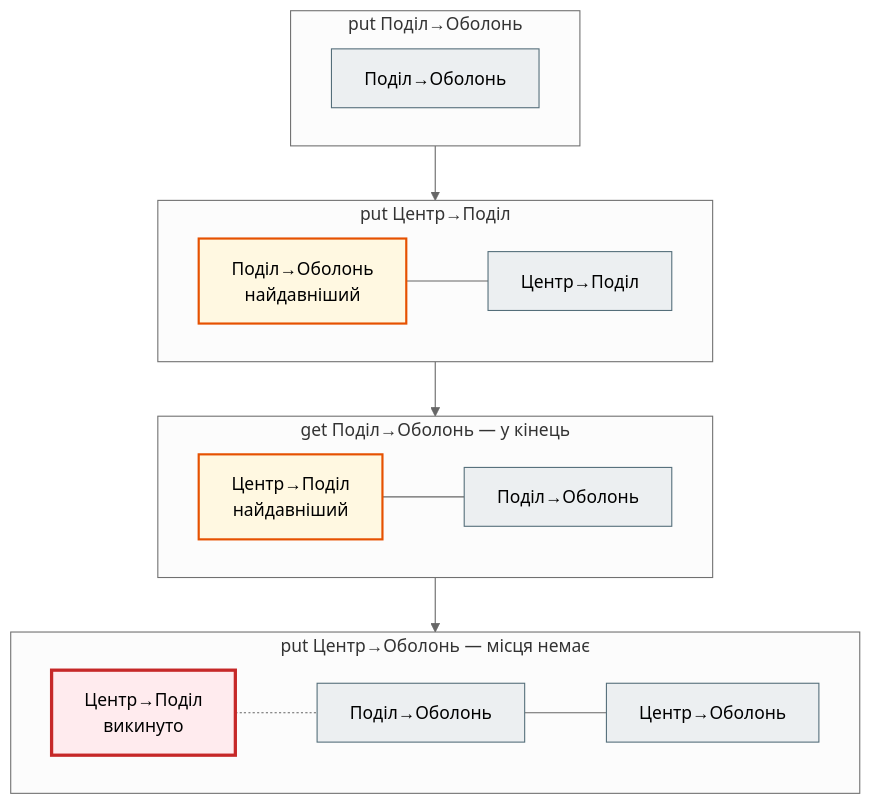
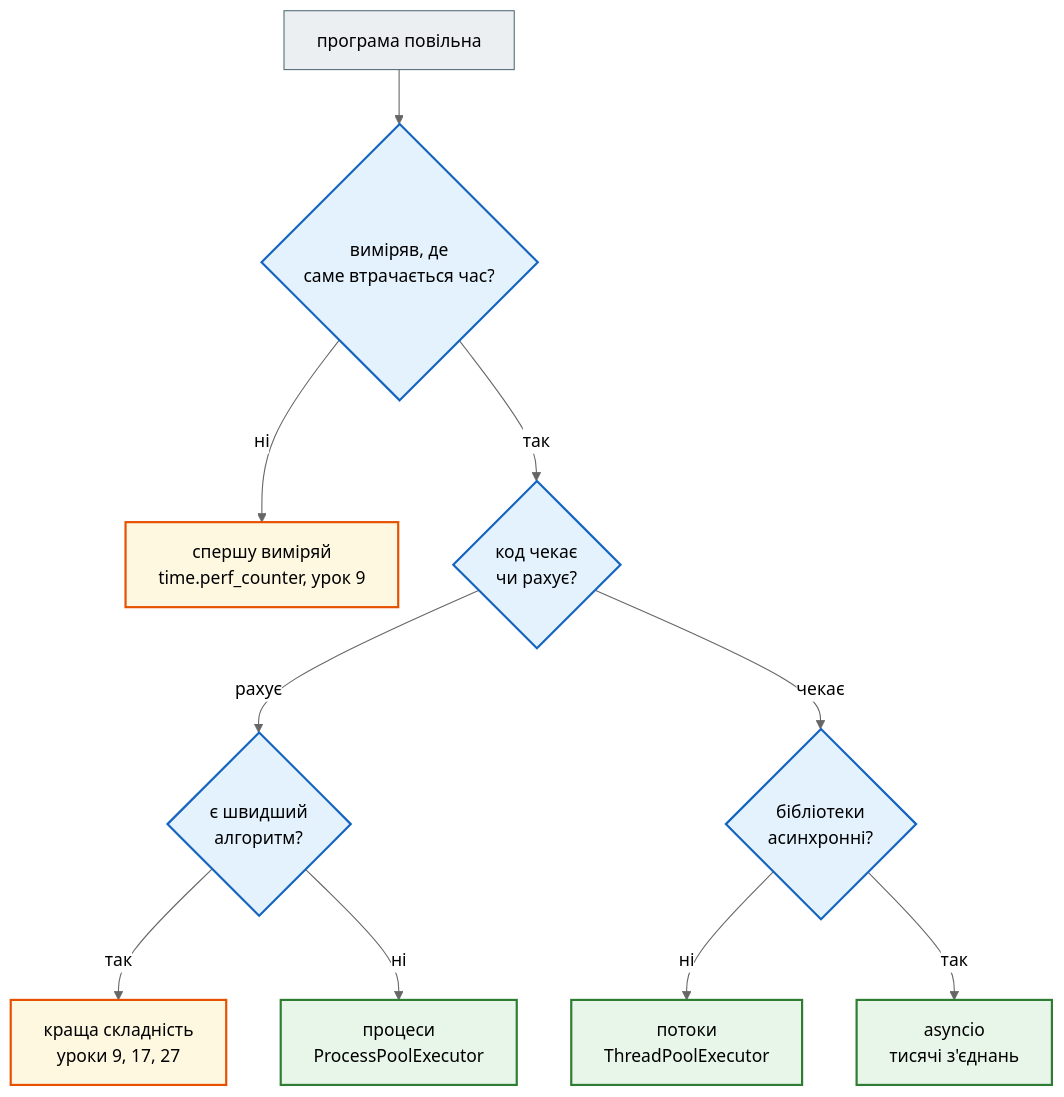
Before and after one commit to AlinaRadchenko/PY-Course-Victor-Nikoriak-22-09-2026: the sixth of 6 diagrams in docs/modules/m2/lesson_28.md, drawn with Mermaid (neutral theme). The commit also changed other lines of this file and 1846 other files, not shown here.

````diff
--- a/docs/modules/m2/lesson_28.md
+++ b/docs/modules/m2/lesson_28.md
@@ -541,30 +502,23 @@
 ```mermaid
 flowchart TD
     classDef step     fill:#eceff1,stroke:#546e7a,stroke-width:1px;
     classDef decision fill:#e3f2fd,stroke:#1565c0,stroke-width:2px;
     classDef success  fill:#e8f5e9,stroke:#2e7d32,stroke-width:2px;
     classDef error    fill:#ffebee,stroke:#c62828,stroke-width:3px;
     classDef warning  fill:#fff8e1,stroke:#e65100,stroke-width:2px;
 
-    subgraph S1["put Поділ→Оболонь"]
-        direction LR
-        A1["Поділ→Оболонь"]
-    end
-    subgraph S2["put Центр→Поділ"]
-        direction LR
-        B1["Поділ→Оболонь<br>найдавніший"] --- B2["Центр→Поділ"]
-    end
-    subgraph S3["get Поділ→Оболонь — у кінець"]
-        direction LR
-        C1["Центр→Поділ<br>найдавніший"] --- C2["Поділ→Оболонь"]
-    end
-    subgraph S4["put Центр→Оболонь — місця немає"]
-        direction LR
-        D0["Центр→Поділ<br>викинуто"] -.- D1["Поділ→Оболонь"] --- D2["Центр→Оболонь"]
-    end
-    S1 --> S2 --> S3 --> S4
+    Q["програма повільна"] --> M{"виміряв, де<br>саме втрачається час?"}
+    M -- ні --> ME["спершу виміряй<br>time.perf_counter, урок 9"]
+    M -- так --> K{"код чекає<br>чи рахує?"}
+    K -- рахує --> ALG{"є швидший<br>алгоритм?"}
+    ALG -- так --> A["краща складність<br>уроки 9, 17, 27"]
+    ALG -- ні --> PR["процеси<br>ProcessPoolExecutor"]
+    K -- чекає --> LIB{"бібліотеки<br>асинхронні?"}
+    LIB -- ні --> TH["потоки<br>ThreadPoolExecutor"]
+    LIB -- так --> AS["asyncio<br>тисячі з'єднань"]
 
-    class A1,B2,C2,D1,D2 step
-    class B1,C1 warning
-    class D0 error
+    class Q step
+    class M,K,ALG,LIB decision
+    class ME,A warning
+    class PR,TH,AS success
 ```
````
